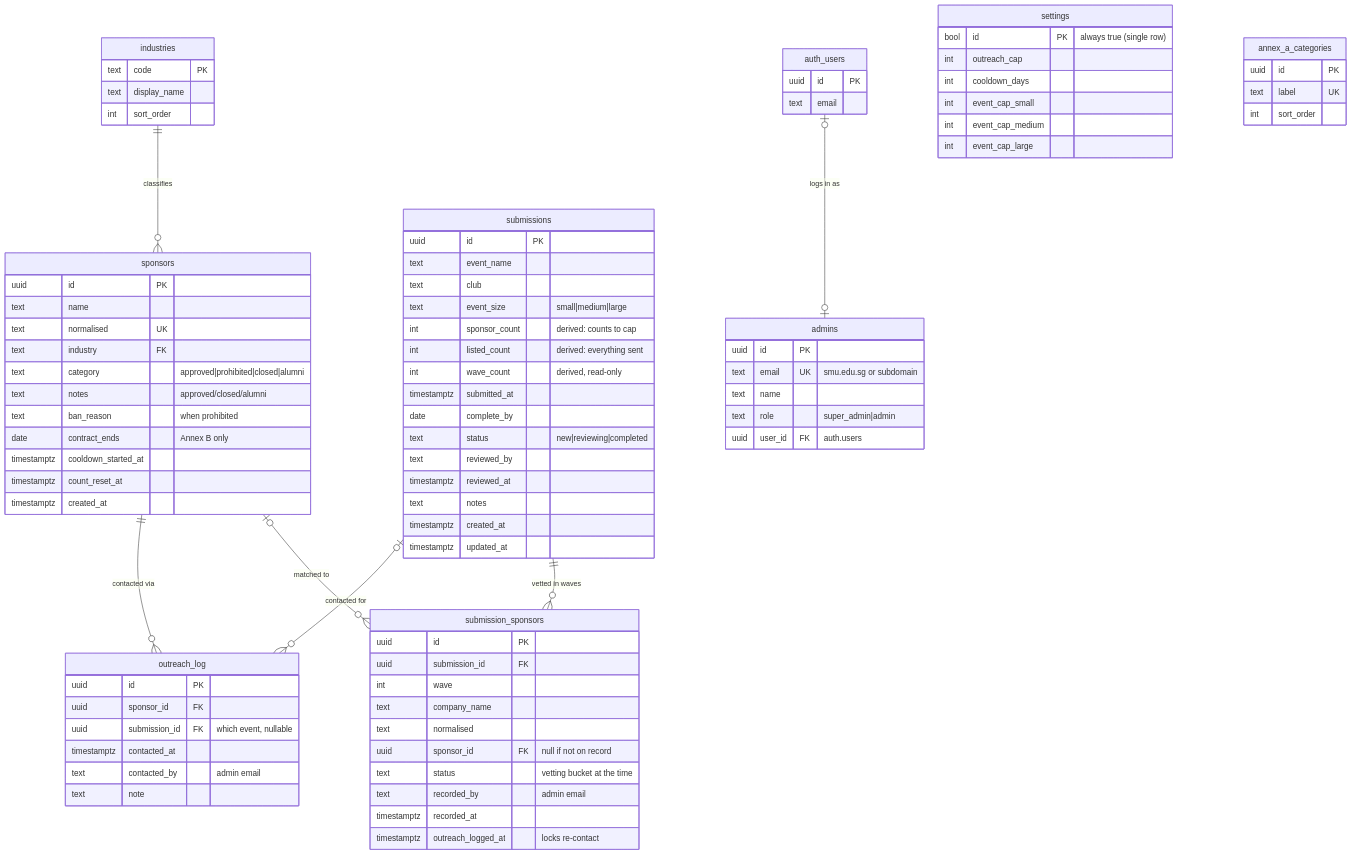
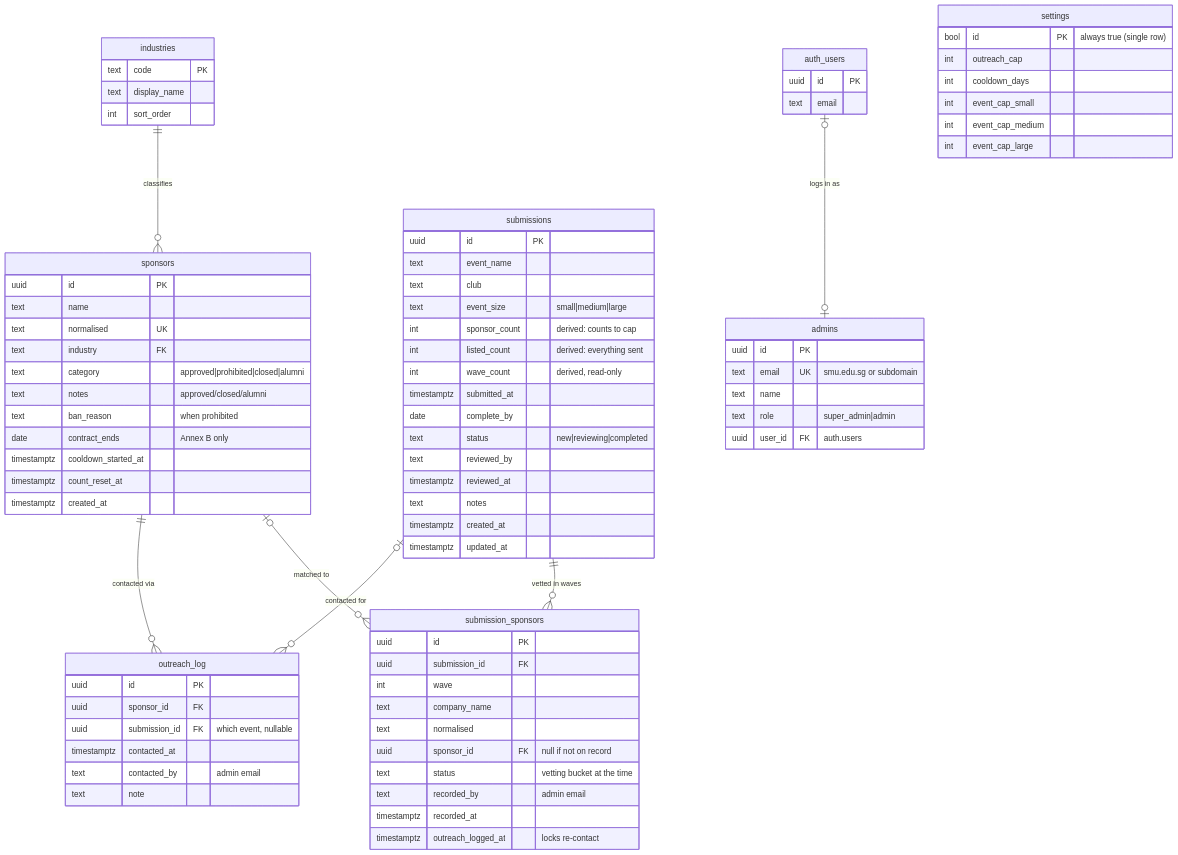
One commit to triciaaleee/BIZCOM-SponsorCheck changed the diagram in supabase/DATABASE_GUIDE.md. Above: the diagram before and after it, drawn with Mermaid. The commit also changed other lines of this file and 18 other files, not shown here.

```diff
--- a/supabase/DATABASE_GUIDE.md
+++ b/supabase/DATABASE_GUIDE.md
@@ -292,11 +293,6 @@
         int  event_cap_medium
         int  event_cap_large
     }
-    annex_a_categories {
-        uuid id PK
-        text label UK
-        int  sort_order
-    }
     auth_users {
         uuid id PK
         text email
```
